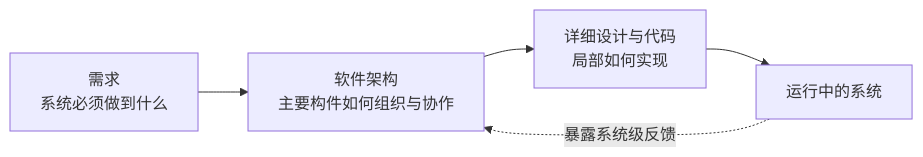
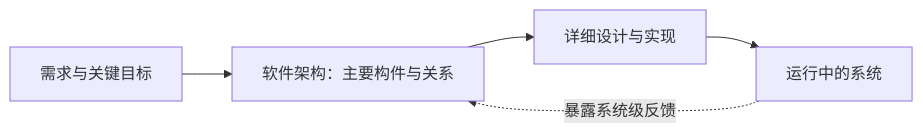
The diagram in 01_综合知识/06_软件架构设计/01_软件架构是什么：为什么需要架构视角.md (74262195/system-architect-notes), drawn with Mermaid before and after one commit. The commit also changed other lines of this file and 4 other files, not shown here.

Commit message:
feat: audit architecture concepts and add ABSD

````diff
--- a/01_综合知识/06_软件架构设计/01_软件架构是什么：为什么需要架构视角.md
+++ b/01_综合知识/06_软件架构设计/01_软件架构是什么：为什么需要架构视角.md
@@ -93,7 +98,7 @@
 ```mermaid
 flowchart LR
-    A["需求<br/>系统必须做到什么"] --> B["软件架构<br/>主要构件如何组织与协作"]
-    B --> C["详细设计与代码<br/>局部如何实现"]
+    A["需求与关键目标"] --> B["软件架构：主要构件与关系"]
+    B --> C["详细设计与实现"]
     C --> D["运行中的系统"]
     D -. "暴露系统级反馈" .-> B
 ```
````
